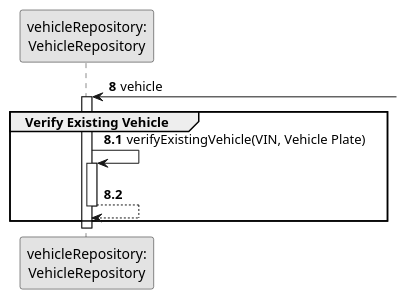
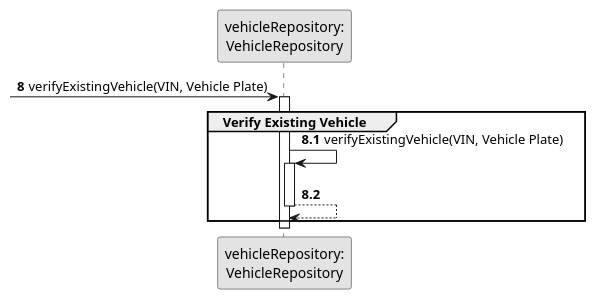
One commit to ricardomm7/leaflink changed the diagram in docs/sprintB/us006/03.design/puml/us006-sequence-diagram-partial-verify-existing-vehicle.puml. Above: the diagram before and after it, drawn with PlantUML. The commit also changed 9 other files, not shown here.

```diff
--- a/docs/sprintB/us006/03.design/puml/us006-sequence-diagram-partial-verify-existing-vehicle.puml
+++ b/docs/sprintB/us006/03.design/puml/us006-sequence-diagram-partial-verify-existing-vehicle.puml
@@ -1,25 +1,25 @@
 @startuml
 skinparam monochrome true
 skinparam packageStyle rectangle
 skinparam shadowing false
 
 participant "vehicleRepository:\nVehicleRepository" as VehicleRepository
 
 autonumber 8
-VehicleRepository <- : vehicle
+-> VehicleRepository  : verifyExistingVehicle(VIN, Vehicle Plate)
 
 activate VehicleRepository
     group Verify Existing Vehicle
     autonumber 8.1
 
         VehicleRepository -> VehicleRepository: verifyExistingVehicle(VIN, Vehicle Plate)
         activate VehicleRepository
 
         VehicleRepository --> VehicleRepository
         deactivate VehicleRepository
 
     end
 deactivate VehicleRepository
 
 
 @enduml
```
